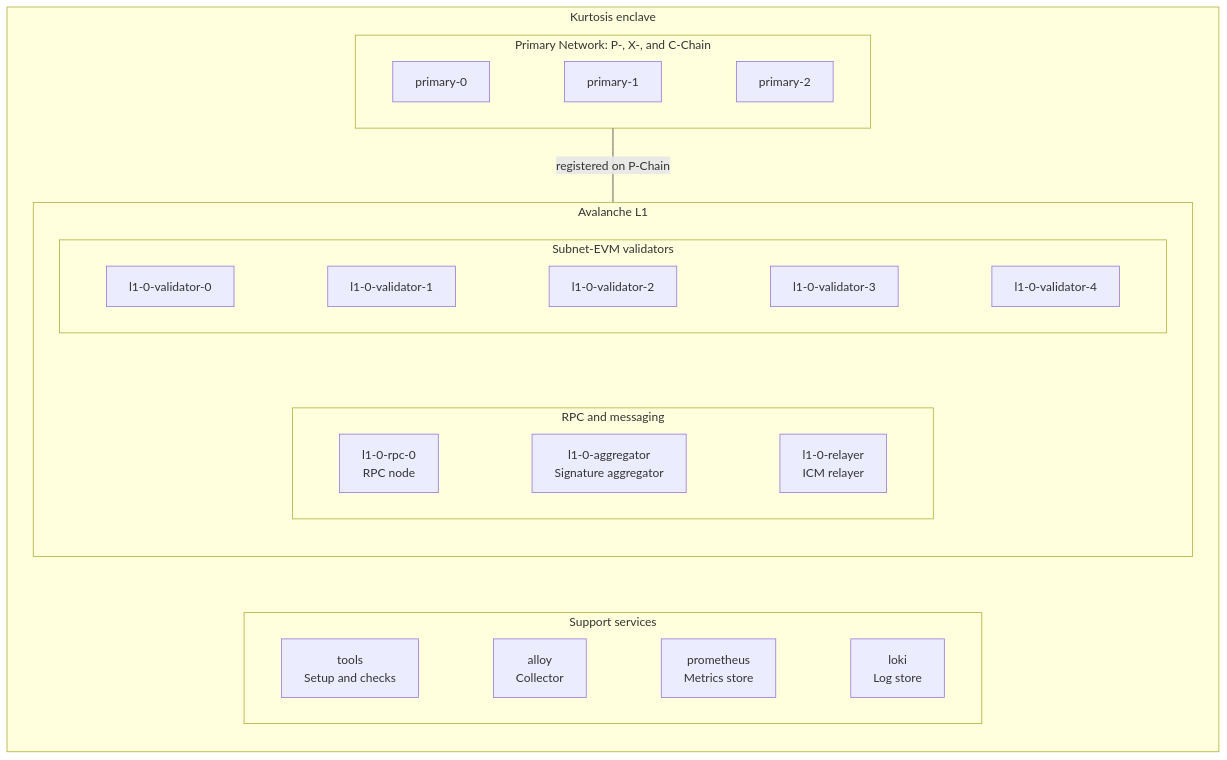
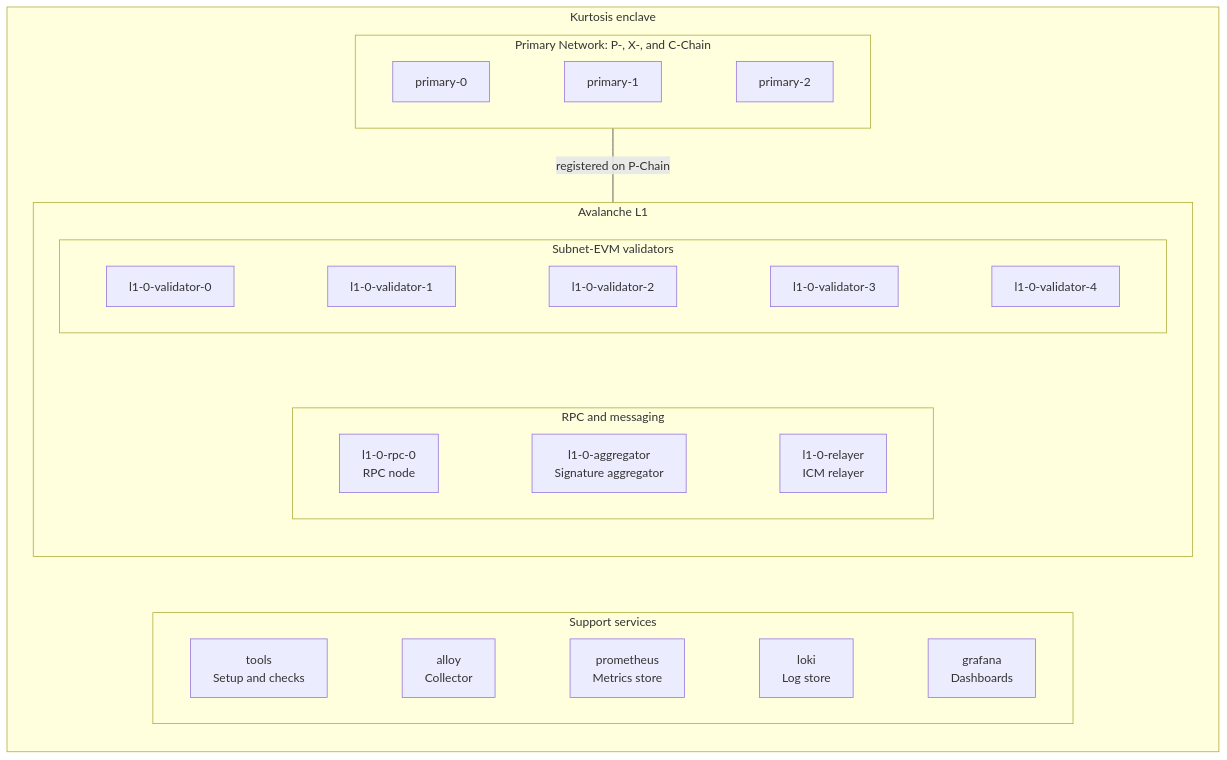
One commit to jhkimqd/kurtosis-avalanche changed the diagram in README.md. Above: the diagram before and after it, drawn with Mermaid. The commit also changed other lines of this file and 24 other files, not shown here.

First line of the commit message:
feat(observability): add Grafana with generated dashboards

````diff
--- a/README.md
+++ b/README.md
@@ -13,43 +13,44 @@
 ```mermaid
 flowchart TB
     subgraph enclave["Kurtosis enclave"]
         direction TB
         subgraph primary["Primary Network: P-, X-, and C-Chain"]
             direction LR
             P0["primary-0"]
             P1["primary-1"]
             P2["primary-2"]
             P0 ~~~ P1 ~~~ P2
         end
         subgraph l1["Avalanche L1"]
             direction TB
             subgraph validators["Subnet-EVM validators"]
                 direction LR
                 V0["l1-0-validator-0"]
                 V1["l1-0-validator-1"]
                 V2["l1-0-validator-2"]
                 V3["l1-0-validator-3"]
                 V4["l1-0-validator-4"]
                 V0 ~~~ V1 ~~~ V2 ~~~ V3 ~~~ V4
             end
             subgraph services["RPC and messaging"]
                 direction LR
                 R["l1-0-rpc-0<br/>RPC node"]
                 A["l1-0-aggregator<br/>Signature aggregator"]
                 B["l1-0-relayer<br/>ICM relayer"]
                 R ~~~ A ~~~ B
             end
             validators ~~~ services
         end
         subgraph support["Support services"]
             direction LR
             T["tools<br/>Setup and checks"]
             C["alloy<br/>Collector"]
             M["prometheus<br/>Metrics store"]
             L["loki<br/>Log store"]
-            T ~~~ C ~~~ M ~~~ L
+            G["grafana<br/>Dashboards"]
+            T ~~~ C ~~~ M ~~~ L ~~~ G
         end
         primary ---|"registered on P-Chain"| l1
         l1 ~~~ support
     end
 ```
````
